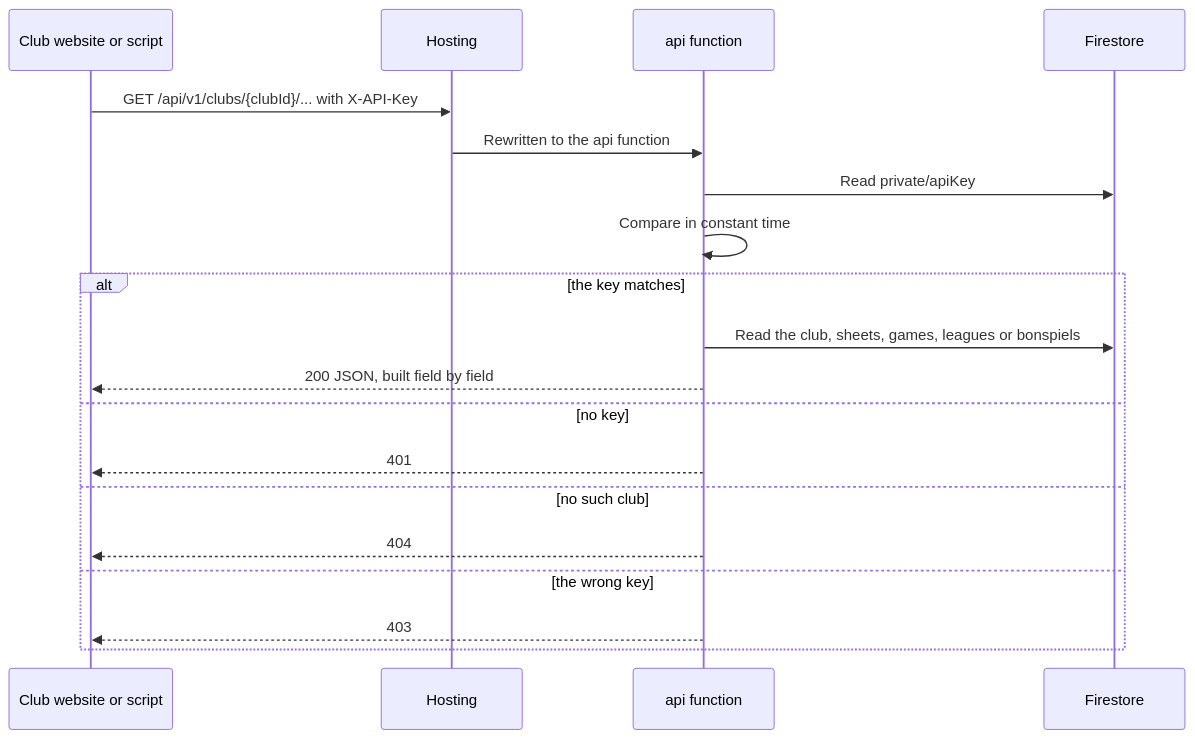
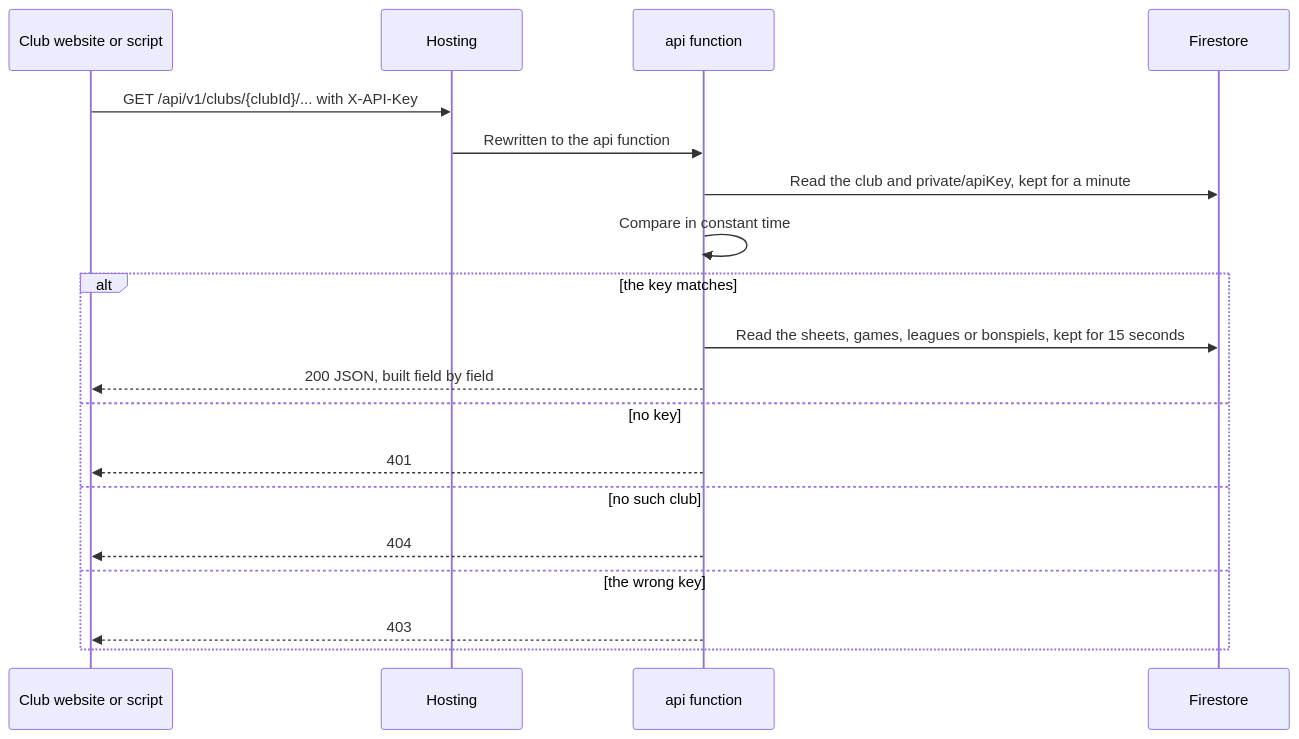
The first of 3 diagrams in docs/architecture/api-and-webhook.md (CloudgateStudios/curling_scoreboard), drawn with Mermaid before and after one commit. The commit also changed other lines of this file and 13 other files, not shown here.

First line of the commit message:
feat: API answers can be up to 15 seconds old, and a new API key takes up to a minute to work (#411)

````diff
--- a/docs/architecture/api-and-webhook.md
+++ b/docs/architecture/api-and-webhook.md
@@ -10,22 +10,22 @@
 ```mermaid
 sequenceDiagram
   participant C as Club website or script
   participant H as Hosting
   participant A as api function
   participant FS as Firestore
 
   C->>H: GET /api/v1/clubs/{clubId}/... with X-API-Key
   H->>A: Rewritten to the api function
-  A->>FS: Read private/apiKey
+  A->>FS: Read the club and private/apiKey, kept for a minute
   A->>A: Compare in constant time
   alt the key matches
-    A->>FS: Read the club, sheets, games, leagues or bonspiels
+    A->>FS: Read the sheets, games, leagues or bonspiels, kept for 15 seconds
     A-->>C: 200 JSON, built field by field
   else no key
     A-->>C: 401
   else no such club
     A-->>C: 404
   else the wrong key
     A-->>C: 403
   end
 ```
````
